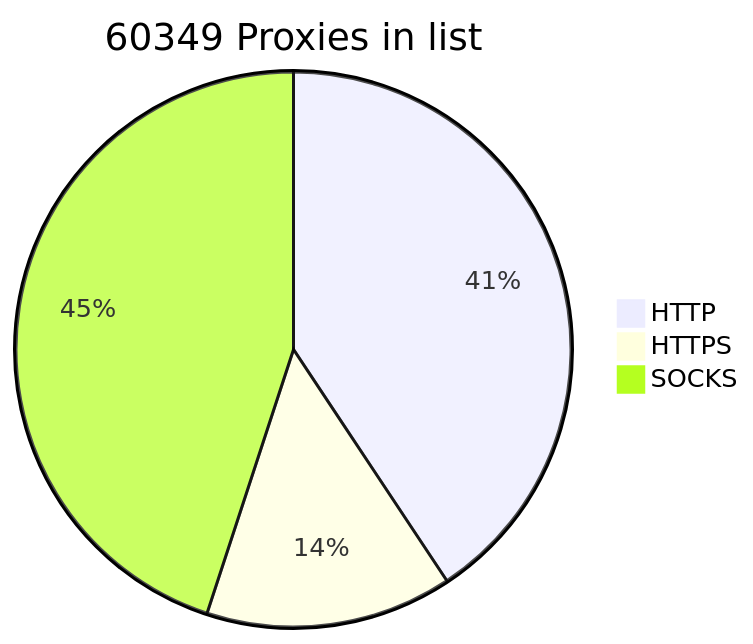
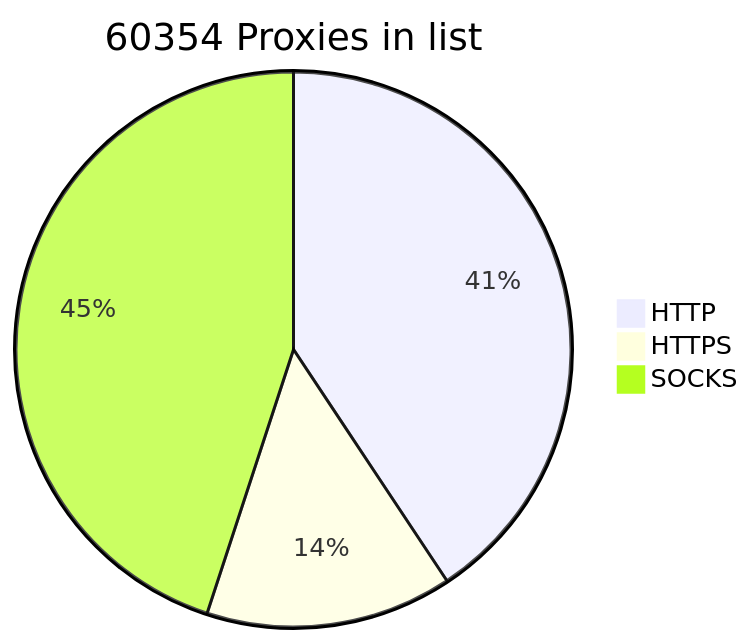
Before and after one commit to BlackSnowDot/proxylist-update-every-minute: the diagram in README.md, drawn with Mermaid.

````diff
--- a/README.md
+++ b/README.md
@@ -2,6 +2,6 @@
 ```mermaid
-pie title 60349 Proxies in list
+pie title 60354 Proxies in list
     "HTTP" : 27780
     "HTTPS": 9807
-    "SOCKS" : 30700
+    "SOCKS" : 30705
 ```
````
